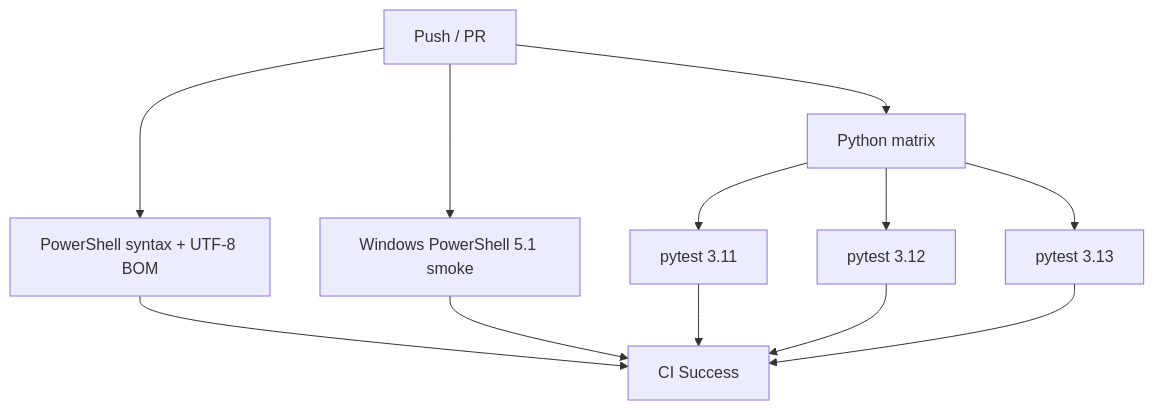
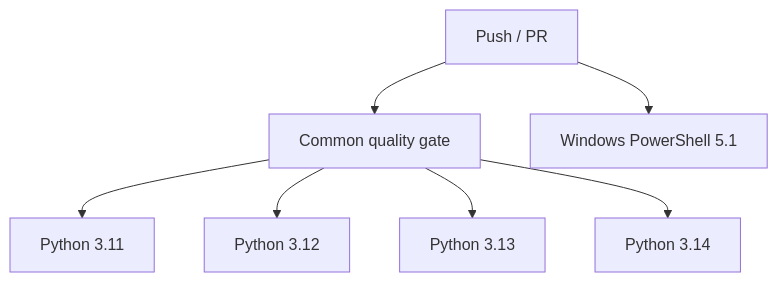
One commit to k-systems202208/python-sqlite-tailscale-webapp-template changed the third of 4 diagrams in docs/DEVELOPMENT.md. Above: the diagram before and after it, drawn with Mermaid. The commit also changed other lines of this file and 42 other files, not shown here.

````diff
--- a/docs/DEVELOPMENT.md
+++ b/docs/DEVELOPMENT.md
@@ -61,14 +90,9 @@
 ```mermaid
 flowchart TD
-    P["Push / PR"] --> E["PowerShell syntax + UTF-8 BOM"]
-    P --> W["Windows PowerShell 5.1 smoke"]
-    P --> J["Python matrix"]
-    J --> P11["pytest 3.11"]
-    J --> P12["pytest 3.12"]
-    J --> P13["pytest 3.13"]
-    E --> OK["CI Success"]
-    W --> OK
-    P11 --> OK
-    P12 --> OK
-    P13 --> OK
+    P["Push / PR"] --> Q["Common quality gate"]
+    Q --> P11["Python 3.11"]
+    Q --> P12["Python 3.12"]
+    Q --> P13["Python 3.13"]
+    Q --> P14["Python 3.14"]
+    P --> W["Windows PowerShell 5.1"]
 ```
````
